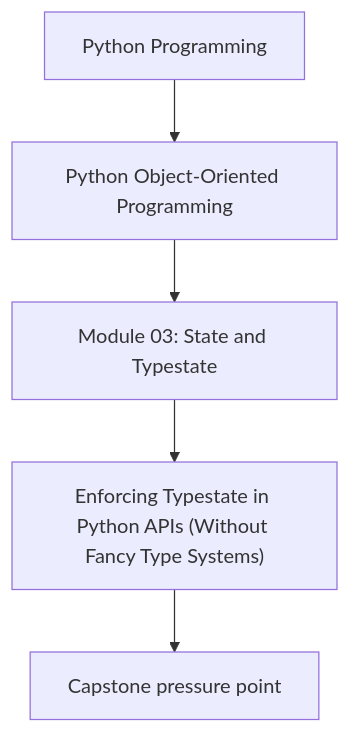
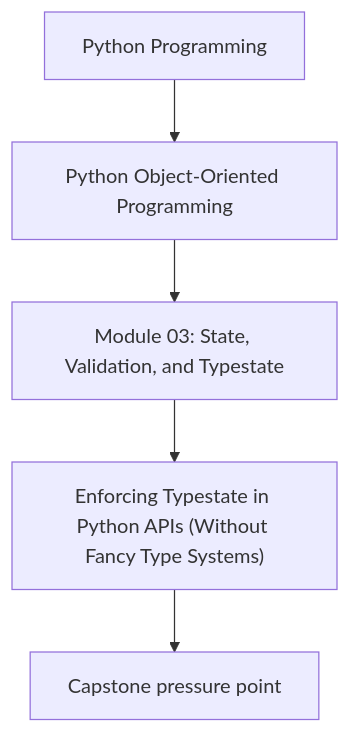
Before and after one commit to bijux/bijux-masterclass: the first of 2 diagrams in programs/python-programming/python-object-oriented-programming/course-book/module-03-state-and-typestate/typestate-in-python-apis.md, drawn with Mermaid. The commit also changed 241 other files, not shown here.

````diff
--- a/programs/python-programming/python-object-oriented-programming/course-book/module-03-state-and-typestate/typestate-in-python-apis.md
+++ b/programs/python-programming/python-object-oriented-programming/course-book/module-03-state-and-typestate/typestate-in-python-apis.md
@@ -7,7 +7,7 @@
 ```mermaid
 flowchart TD
   family["Python Programming"] --> program["Python Object-Oriented Programming"]
-  program --> module["Module 03: State and Typestate"]
+  program --> module["Module 03: State, Validation, and Typestate"]
   module --> concept["Enforcing Typestate in Python APIs (Without Fancy Type Systems)"]
   concept --> capstone["Capstone pressure point"]
 ```
````
